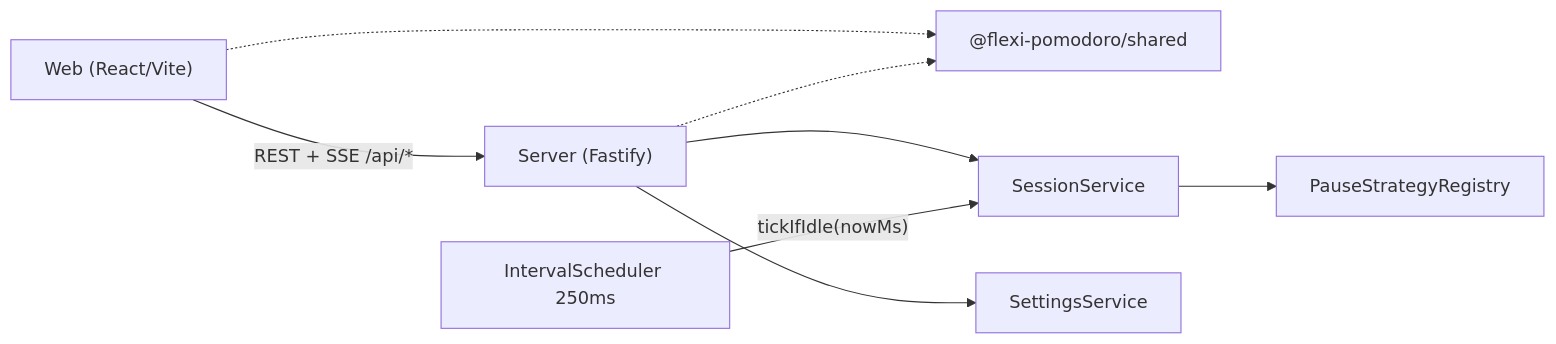
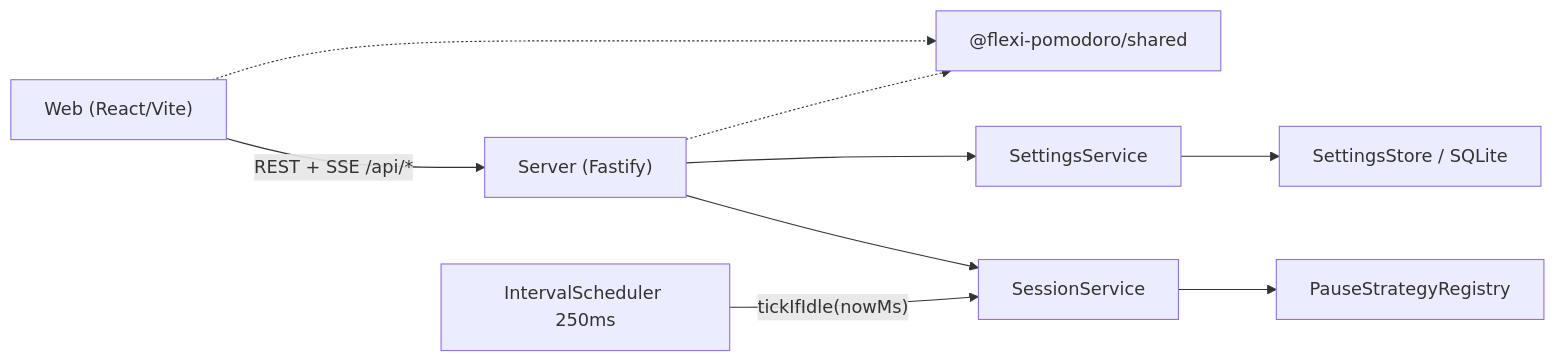
The diagram in docs/README.md (DKLokeswaran/flexi-pomodoro), drawn with Mermaid before and after one commit. The commit also changed other lines of this file and 29 other files, not shown here.

First line of the commit message:
Add Knex/SQLite bootstrap and persist settings across restarts.

````diff
--- a/docs/README.md
+++ b/docs/README.md
@@ -42,18 +43,20 @@
 ```mermaid
 flowchart LR
   Browser["Web (React/Vite)"]
   API["Server (Fastify)"]
   Shared["@flexi-pomodoro/shared"]
   Sched["IntervalScheduler 250ms"]
   Sess["SessionService"]
   Sett["SettingsService"]
+  Store["SettingsStore / SQLite"]
   Pause["PauseStrategyRegistry"]
 
   Browser -->|"REST + SSE /api/*"| API
   Browser -.-> Shared
   API -.-> Shared
   API --> Sett
   API --> Sess
+  Sett --> Store
   Sess --> Pause
   Sched -->|"tickIfIdle(nowMs)"| Sess
 ```
````
